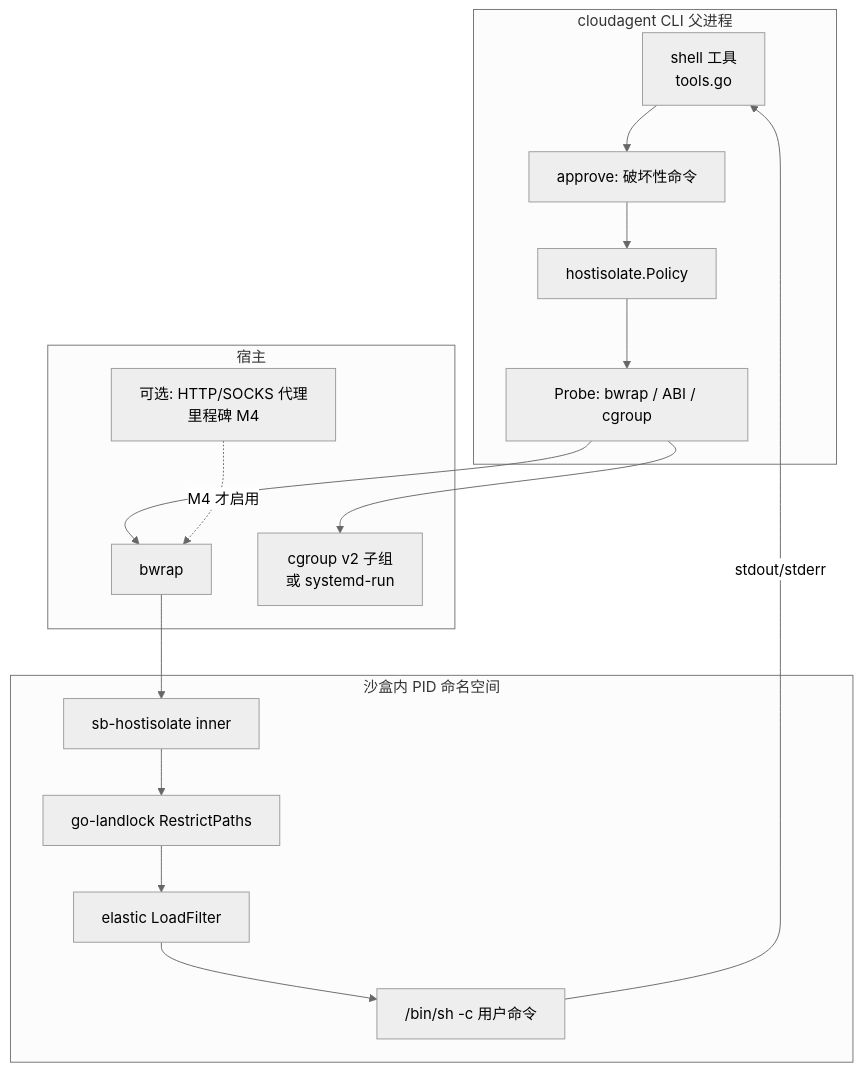
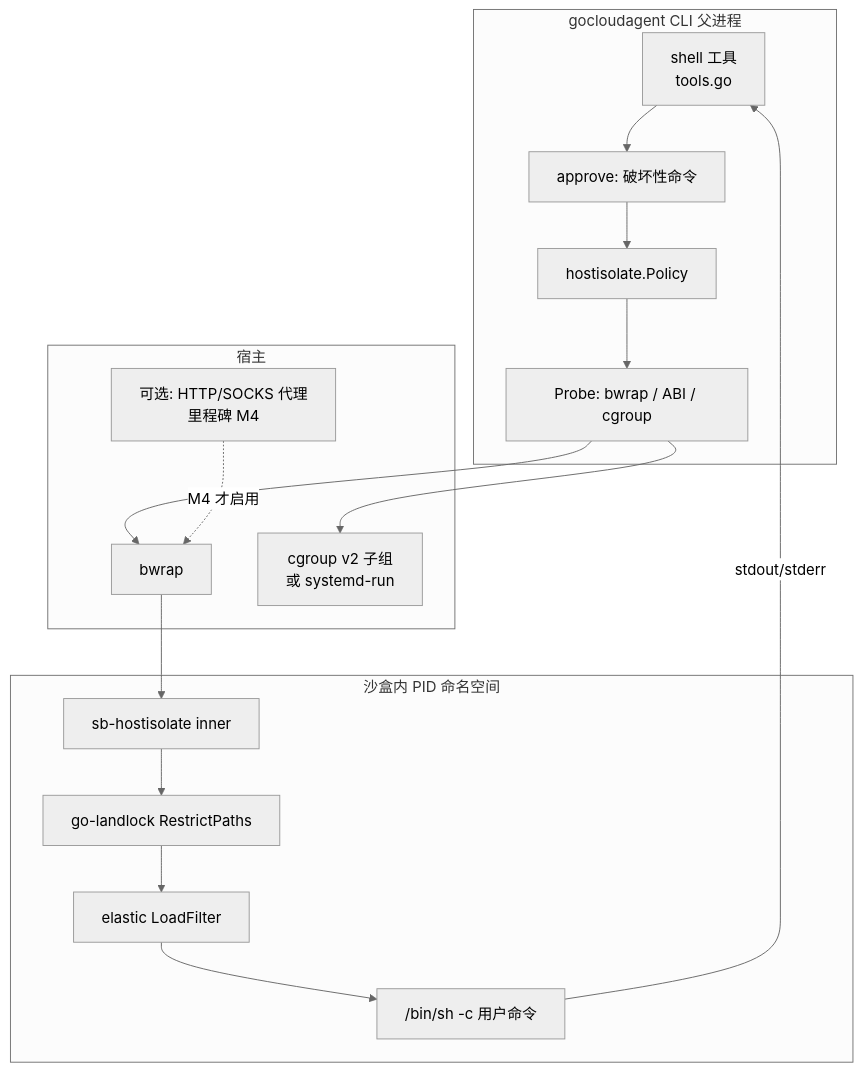
One commit to SimpleAI2026/SimpleBase changed the diagram in plan/planv6.2/sandbox-research.md. Above: the diagram before and after it, drawn with Mermaid (neutral theme). The commit also changed other lines of this file and 910 other files, not shown here.

````diff
--- a/plan/planv6.2/sandbox-research.md
+++ b/plan/planv6.2/sandbox-research.md
@@ -289,30 +289,30 @@
 ```mermaid
 flowchart TB
-  subgraph cli [cloudagent CLI 父进程]
+  subgraph cli [gocloudagent CLI 父进程]
     SH[shell 工具<br/>tools.go]
     AP[approve: 破坏性命令]
     POL[hostisolate.Policy]
     PR[Probe: bwrap / ABI / cgroup]
     SH --> AP --> POL --> PR
   end
 
   subgraph host [宿主]
     BW[bwrap]
     CG[cgroup v2 子组<br/>或 systemd-run]
     PX[可选: HTTP/SOCKS 代理<br/>里程碑 M4]
   end
 
   subgraph inner [沙盒内 PID 命名空间]
     H[sb-hostisolate inner]
     LL[go-landlock RestrictPaths]
     SC[elastic LoadFilter]
     CMD["/bin/sh -c 用户命令"]
     H --> LL --> SC --> CMD
   end
 
   PR --> CG
   PR --> BW
   BW --> H
   PX -. M4 才启用 .-> BW
   CMD -->|stdout/stderr| SH
 ```
````
